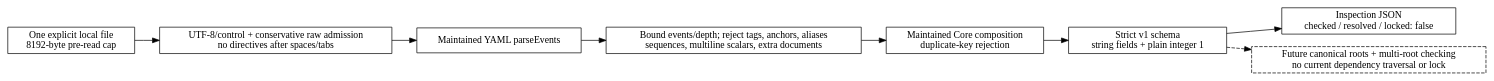
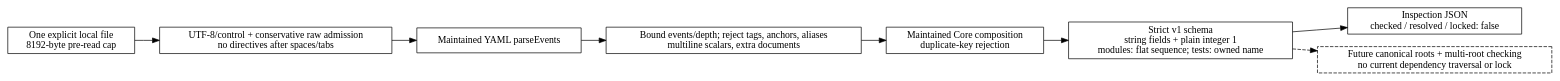
The diagram in docs/diagrams/manifests.dot (odunboye/fibril), drawn with Graphviz before and after one commit. The commit also changed 27 other files, not shown here.

```diff
--- a/docs/diagrams/manifests.dot
+++ b/docs/diagrams/manifests.dot
@@ -1,14 +1,14 @@
 digraph Manifests {
   rankdir=LR;
   node [shape=box];
   file [label="One explicit local file\n8192-byte pre-read cap"];
   input [label="UTF-8/control + conservative raw admission\nno directives after spaces/tabs"];
   parse [label="Maintained YAML parseEvents"];
-  policy [label="Bound events/depth; reject tags, anchors, aliases\nsequences, multiline scalars, extra documents"];
+  policy [label="Bound events/depth; reject tags, anchors, aliases\nmultiline scalars, extra documents"];
   compose [label="Maintained Core composition\nduplicate-key rejection"];
-  schema [label="Strict v1 schema\nstring fields + plain integer 1"];
+  schema [label="Strict v1 schema\nstring fields + plain integer 1\nmodules: flat sequence; tests: owned name"];
   report [label="Inspection JSON\nchecked / resolved / locked: false"];
   later [label="Future canonical roots + multi-root checking\nno current dependency traversal or lock", style=dashed];
   file -> input -> parse -> policy -> compose -> schema -> report;
   schema -> later [style=dashed];
 }
```
